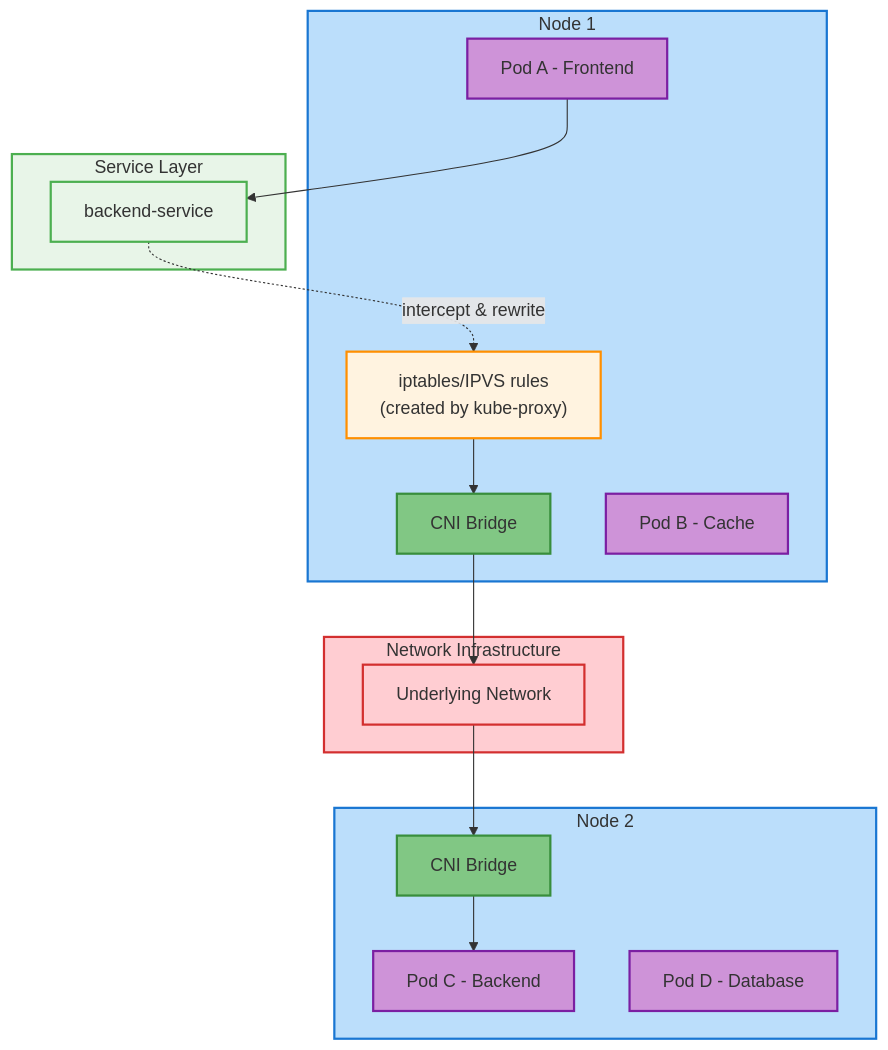
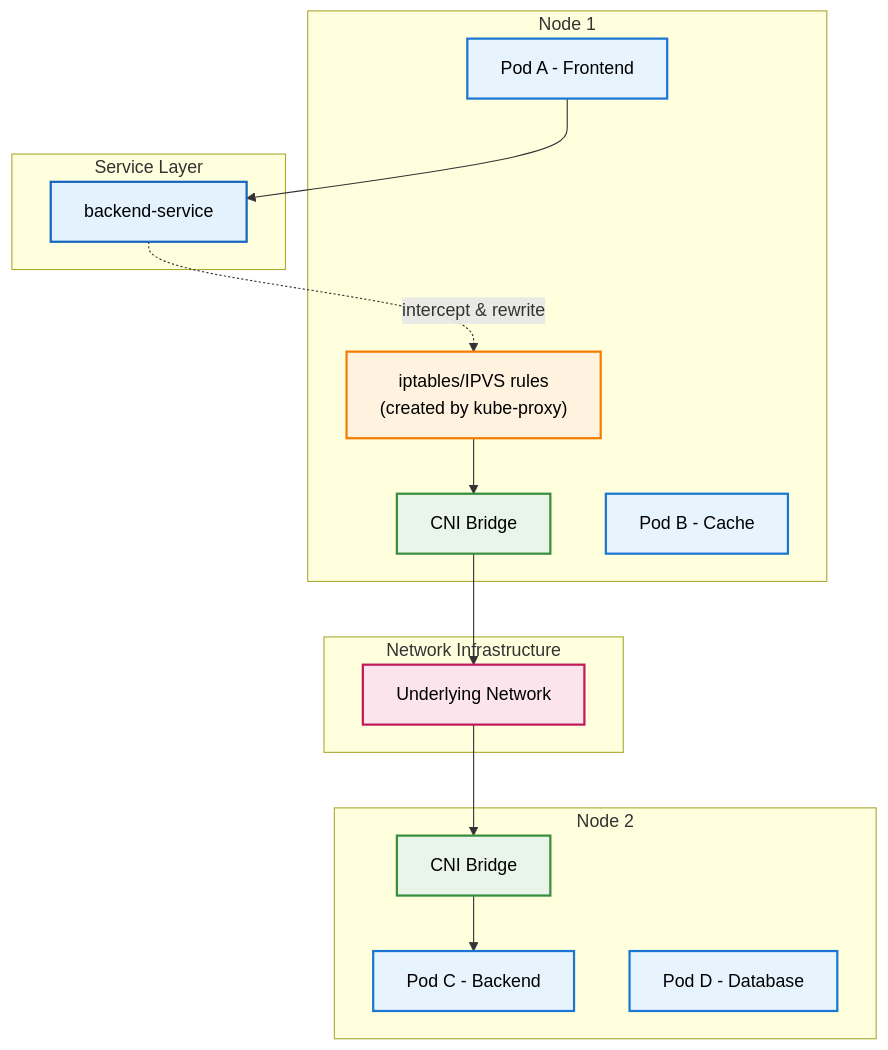
The second of 5 diagrams in 1.3_network_and_communication/kubernetes_networking.md (razkevich/system_design_course), drawn with Mermaid before and after one commit. The commit also changed other lines of this file and 1 other file, not shown here.

````diff
--- a/1.3_network_and_communication/kubernetes_networking.md
+++ b/1.3_network_and_communication/kubernetes_networking.md
@@ -138,48 +135,43 @@
 ```mermaid
 flowchart TB
     subgraph N1 ["Node 1"]
         CNI1["CNI Bridge"]
         IPT1["iptables/IPVS rules<br/>(created by kube-proxy)"]
         PA["Pod A - Frontend"]
         PB["Pod B - Cache"]
     end
     
     subgraph N2 ["Node 2"]
         CNI2["CNI Bridge"]
         PC["Pod C - Backend"]
         PD["Pod D - Database"]
     end
     
     subgraph NET ["Network Infrastructure"]
         INFRA["Underlying Network"]
     end
     
     subgraph SVC ["Service Layer"]
         S1["backend-service"]
     end
     
     %% Service-based communication
     PA --> S1
     S1 -.-> |"intercept & rewrite"| IPT1
     IPT1 --> CNI1
     
     %% After IP rewrite, it's direct Pod traffic
     CNI1 --> INFRA
     INFRA --> CNI2
     CNI2 --> PC
     
-    %% Styling
-    classDef nodeStyle fill:#bbdefb,stroke:#1976d2,stroke-width:2px
-    classDef cniStyle fill:#81c784,stroke:#388e3c,stroke-width:2px
-    classDef podStyle fill:#ce93d8,stroke:#7b1fa2,stroke-width:2px
-    classDef netStyle fill:#ffcdd2,stroke:#d32f2f,stroke-width:2px
-    classDef rulesStyle fill:#fff3e0,stroke:#ff8f00,stroke-width:2px
-    classDef serviceStyle fill:#e8f5e8,stroke:#4caf50,stroke-width:2px
-    
-    class N1,N2 nodeStyle
-    class CNI1,CNI2 cniStyle
-    class PA,PB,PC,PD podStyle
-    class NET,INFRA netStyle
-    class IPT1 rulesStyle
-    class SVC,S1 serviceStyle
+    style CNI1 fill:#e8f5e8,stroke:#388e3c,stroke-width:2px,color:#000
+    style CNI2 fill:#e8f5e8,stroke:#388e3c,stroke-width:2px,color:#000
+    style PA fill:#e8f4fd,stroke:#1976d2,stroke-width:2px,color:#000
+    style PB fill:#e8f4fd,stroke:#1976d2,stroke-width:2px,color:#000
+    style PC fill:#e8f4fd,stroke:#1976d2,stroke-width:2px,color:#000
+    style PD fill:#e8f4fd,stroke:#1976d2,stroke-width:2px,color:#000
+    style INFRA fill:#fce4ec,stroke:#c2185b,stroke-width:2px,color:#000
+    style IPT1 fill:#fff3e0,stroke:#f57c00,stroke-width:2px,color:#000
+    style S1 fill:#e3f2fd,stroke:#1565c0,stroke-width:2px,color:#000
 ```
````
